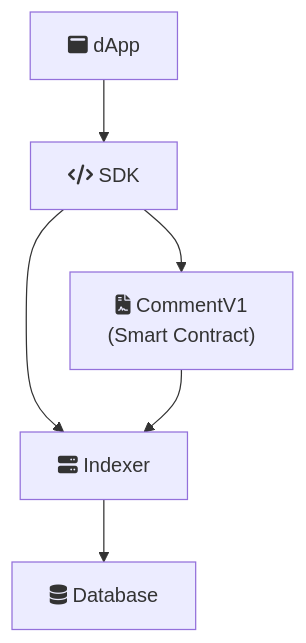
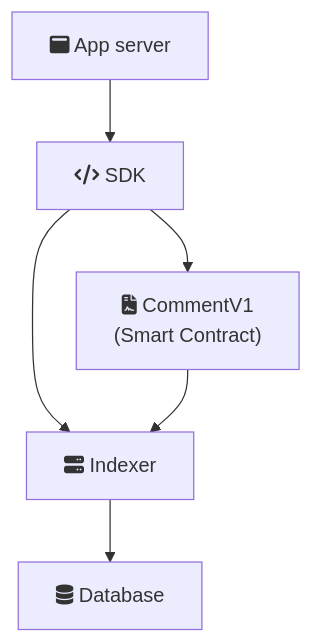
Before and after one commit to ecp-eth/comments-monorepo: the diagram in docs/pages/architecture-overview.mdx, drawn with Mermaid. The commit also changed 2 other files, not shown here.

Commit message:
fix according to comments

````diff
--- a/docs/pages/architecture-overview.mdx
+++ b/docs/pages/architecture-overview.mdx
@@ -7,8 +7,8 @@
 ```mermaid
 graph TD
-    A[fa:fa-window-maximize dApp] --> B[fa:fa-code SDK]
+    A[fa:fa-window-maximize App server] --> B[fa:fa-code SDK]
     B --> C["fa:fa-file-contract CommentV1\n(Smart Contract)"]
     B --> D[fa:fa-server Indexer]
     D --> E[fa:fa-database Database]
     C --> D
 ```
````
